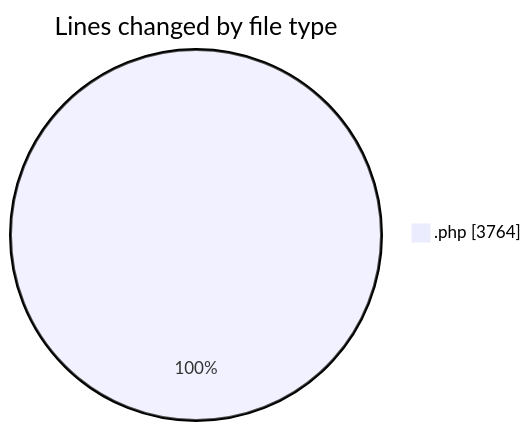
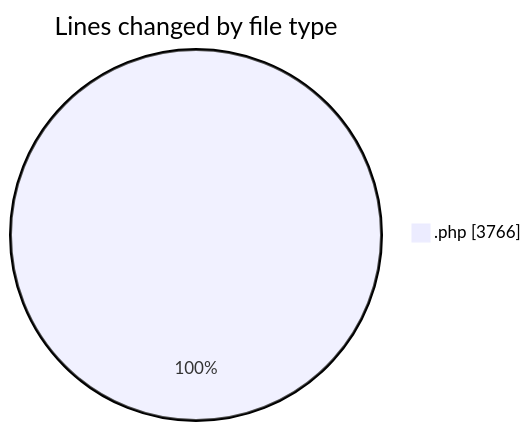
One commit to debugP/code-tracking changed the first of 2 diagrams in 2026-08-05/untitled__workspace_/README.md. Above: the diagram before and after it, drawn with Mermaid. The commit also changed other lines of this file and 1 other file, not shown here.

````diff
--- a/2026-08-05/untitled__workspace_/README.md
+++ b/2026-08-05/untitled__workspace_/README.md
@@ -21,5 +21,5 @@
 ```mermaid
 pie showData
 title Lines changed by file type
-".php" : 3764
+".php" : 3766
 ```
````
